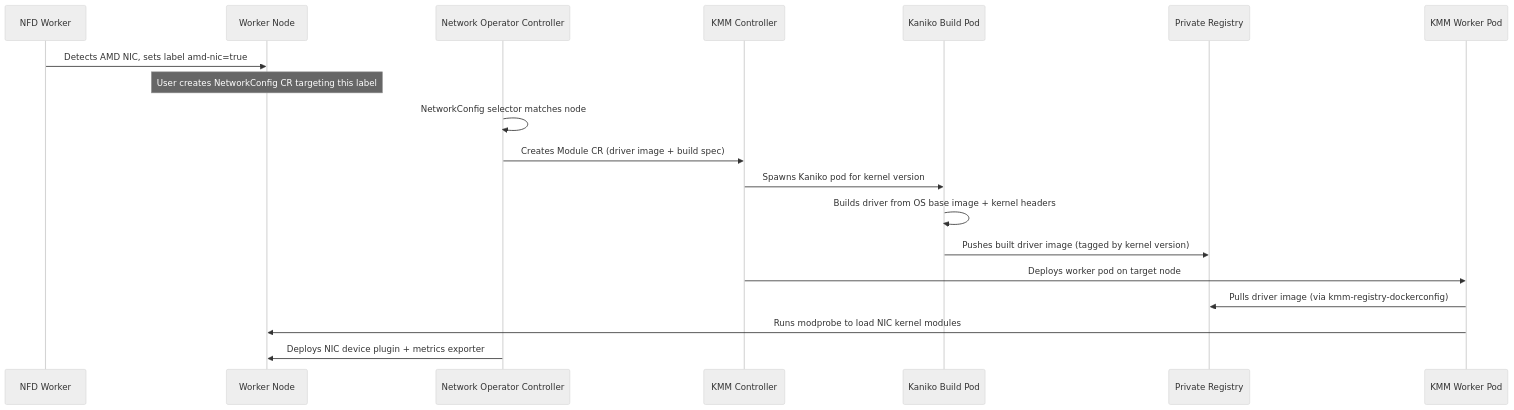
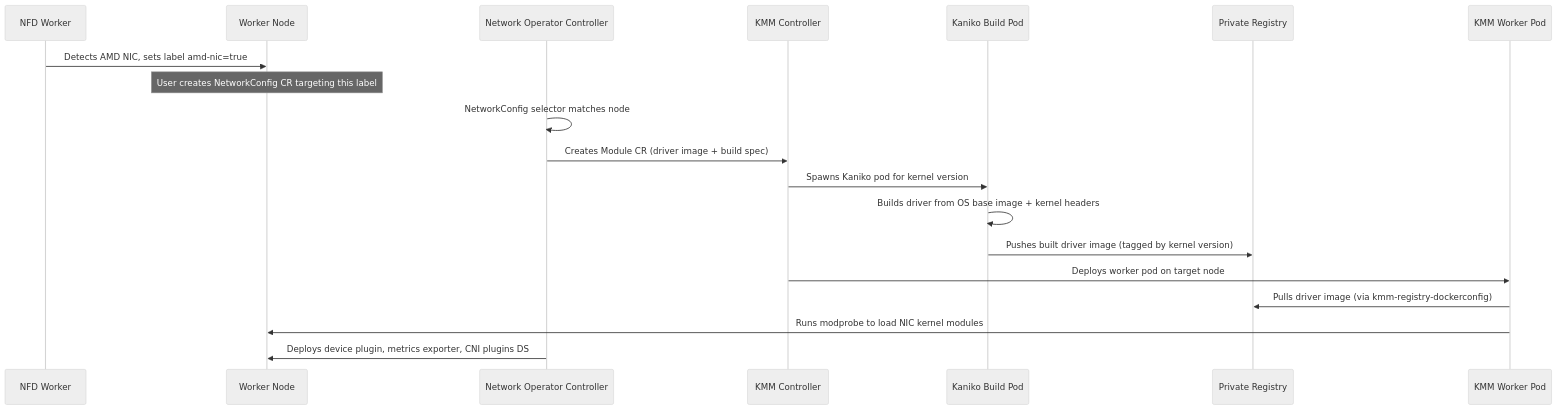
One commit to nutanix-cloud-native/nkp-ai-applications-catalog changed the second of 3 diagrams in applications/amd-network-operator/1.2.0/README.md. Above: the diagram before and after it, drawn with Mermaid (neutral theme). The commit also changed other lines of this file and 1 other file, not shown here.

Commit message:
chore: Add secondaryNetwork.cniPlugins explanation

````diff
--- a/applications/amd-network-operator/1.2.0/README.md
+++ b/applications/amd-network-operator/1.2.0/README.md
@@ -52,22 +75,22 @@
 ```mermaid
 sequenceDiagram
     participant NFD as NFD Worker
     participant Node as Worker Node
     participant Ctrl as Network Operator Controller
     participant KMM as KMM Controller
     participant Kaniko as Kaniko Build Pod
     participant Reg as Private Registry
     participant Worker as KMM Worker Pod
 
     NFD->>Node: Detects AMD NIC, sets label amd-nic=true
     Note over Node: User creates NetworkConfig CR targeting this label
     Ctrl->>Ctrl: NetworkConfig selector matches node
     Ctrl->>KMM: Creates Module CR (driver image + build spec)
     KMM->>Kaniko: Spawns Kaniko pod for kernel version
     Kaniko->>Kaniko: Builds driver from OS base image + kernel headers
     Kaniko->>Reg: Pushes built driver image (tagged by kernel version)
     KMM->>Worker: Deploys worker pod on target node
     Worker->>Reg: Pulls driver image (via kmm-registry-dockerconfig)
     Worker->>Node: Runs modprobe to load NIC kernel modules
-    Ctrl->>Node: Deploys NIC device plugin + metrics exporter
+    Ctrl->>Node: Deploys device plugin, metrics exporter, CNI plugins DS
 ```
````
